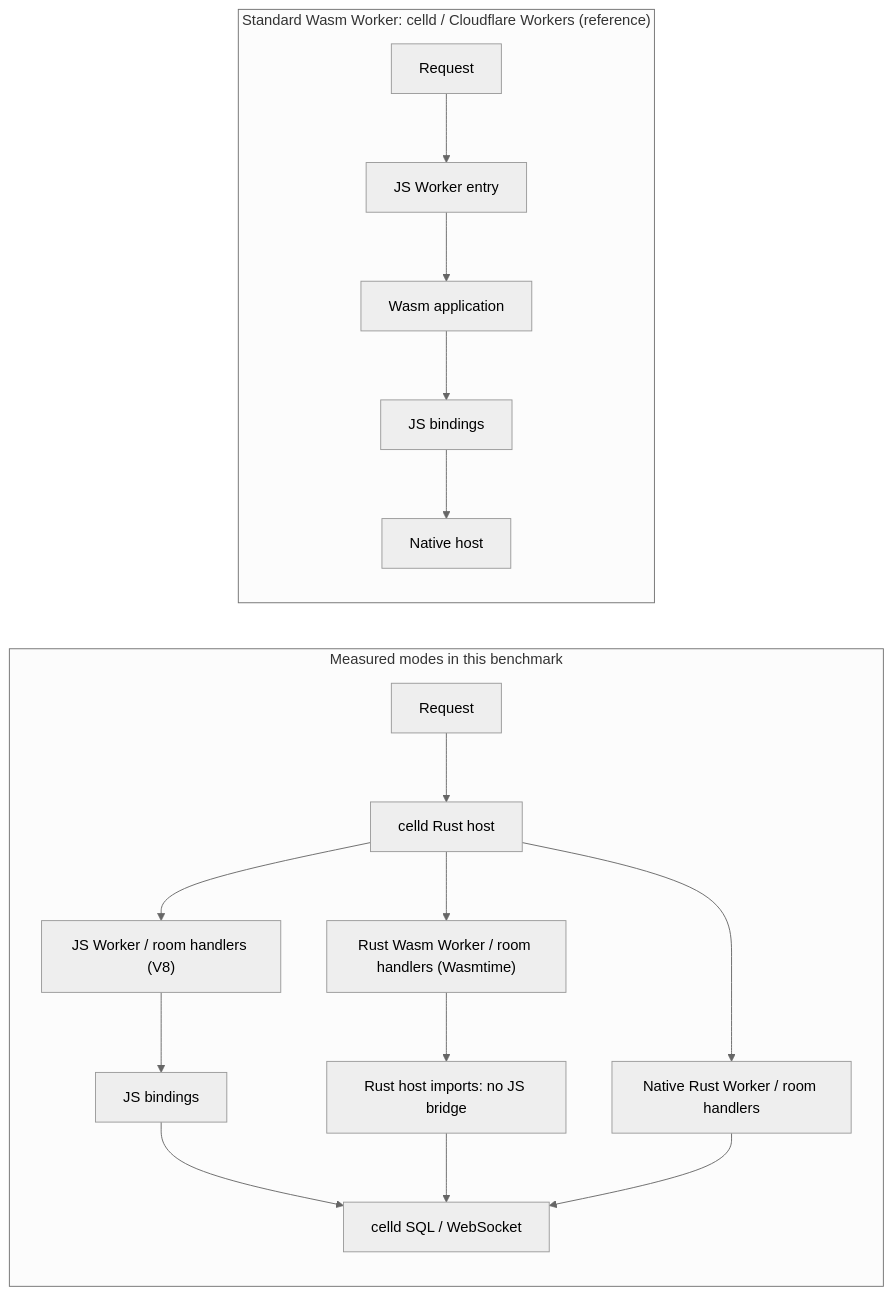
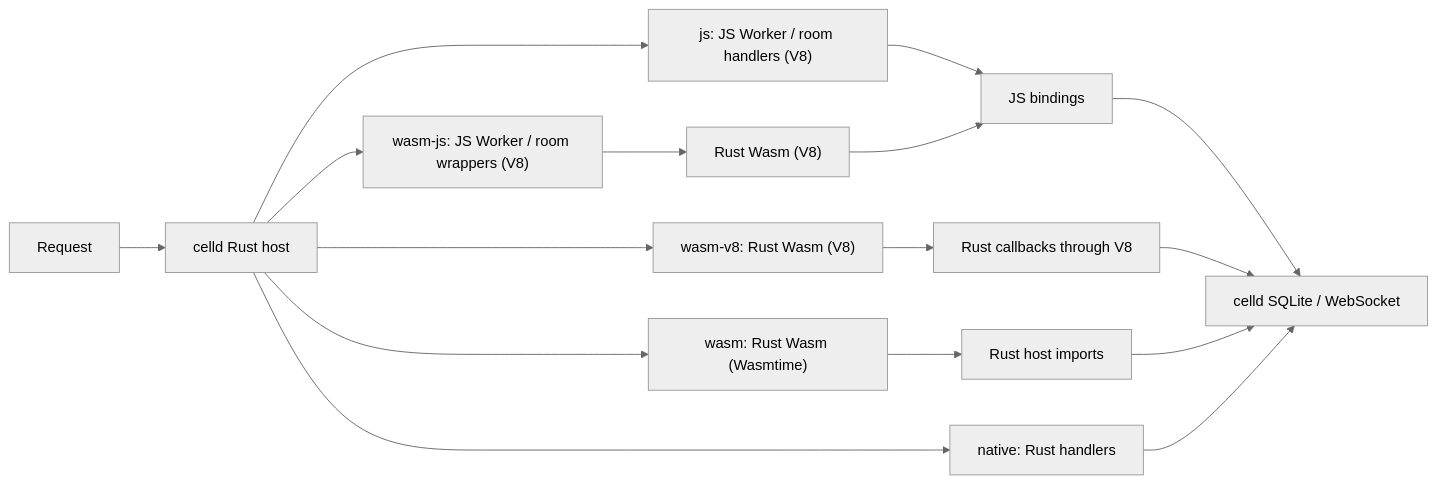
The diagram in README.md (hyfdev/celld-campfire-bench), drawn with Mermaid (neutral theme) before and after one commit. The commit also changed other lines of this file and 50 other files, not shown here.

Commit message:
bench: measure Wasm through JS Worker bindings

````diff
--- a/README.md
+++ b/README.md
@@ -63,16 +71,15 @@
 ```mermaid
 flowchart LR
-    subgraph MEASURED["Measured modes in this benchmark"]
-        R0["Request"] --> H0["celld Rust host"]
-        H0 --> JS["JS Worker / room handlers (V8)"]
-        H0 --> WASM["Rust Wasm Worker / room handlers (Wasmtime)"]
-        H0 --> NATIVE["Native Rust Worker / room handlers"]
-        JS --> JB["JS bindings"] --> STORE["celld SQL / WebSocket"]
-        WASM --> WI["Rust host imports: no JS bridge"] --> STORE
-        NATIVE --> STORE
-    end
-    subgraph STANDARD["Standard Wasm Worker: celld / Cloudflare Workers (reference)"]
-        R1["Request"] --> J1["JS Worker entry"] --> W1["Wasm application"]
-        W1 --> J2["JS bindings"] --> H1["Native host"]
-    end
+    REQUEST["Request"] --> HOST["celld Rust host"]
+    HOST --> JS["js: JS Worker / room handlers (V8)"]
+    JS --> JSAPI["JS bindings"]
+    HOST --> SHIM["wasm-js: JS Worker / room wrappers (V8)"]
+    SHIM --> WASMJS["Rust Wasm (V8)"] --> JSAPI
+    HOST --> WASMV8["wasm-v8: Rust Wasm (V8)"] --> CALLBACKS["Rust callbacks through V8"]
+    HOST --> WASMTIME["wasm: Rust Wasm (Wasmtime)"] --> IMPORTS["Rust host imports"]
+    HOST --> NATIVE["native: Rust handlers"]
+    JSAPI --> STORE["celld SQLite / WebSocket"]
+    CALLBACKS --> STORE
+    IMPORTS --> STORE
+    NATIVE --> STORE
 ```
````
